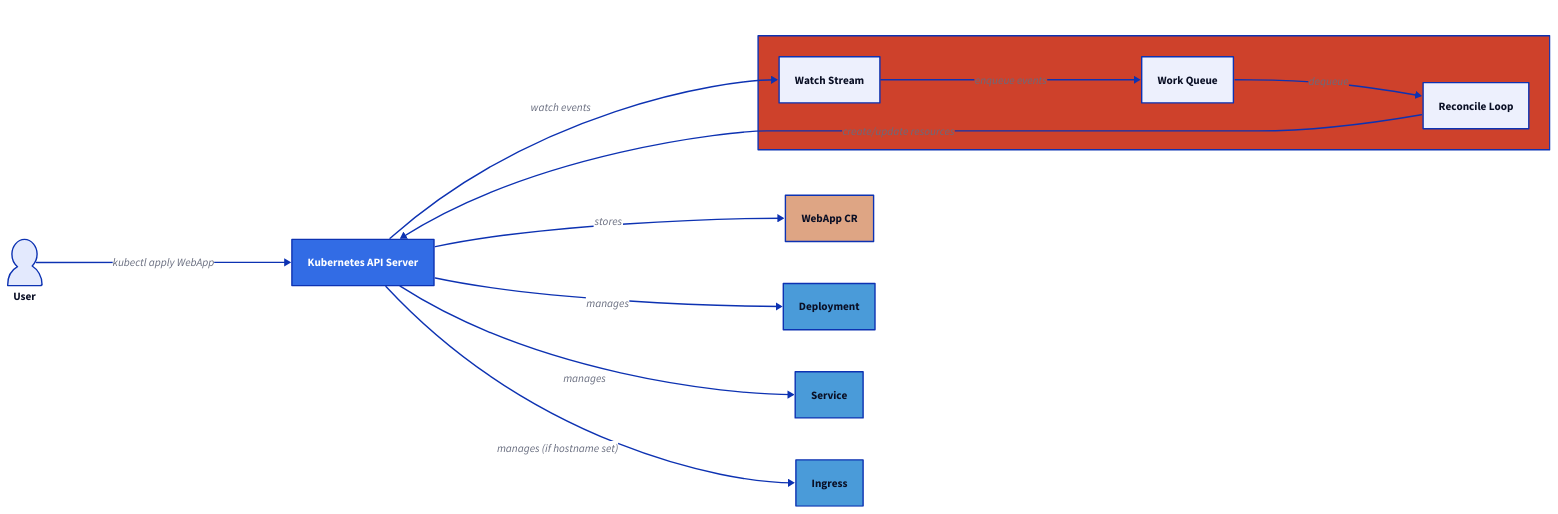
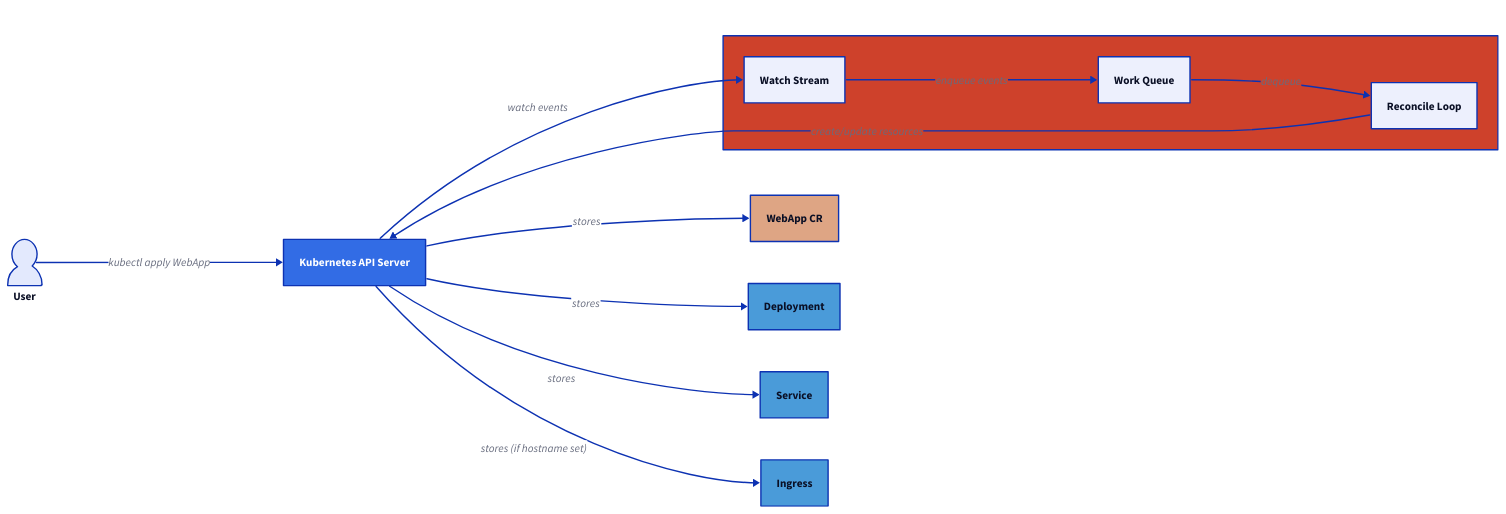
Before and after one commit to rawkode-academy/rawkode-academy: the diagram in content/articles/kubernetes-operators-rust-kube-rs/index.mdx, drawn with D2. The commit also changed other lines of this file, not shown here.

````diff
--- a/content/articles/kubernetes-operators-rust-kube-rs/index.mdx
+++ b/content/articles/kubernetes-operators-rust-kube-rs/index.mdx
@@ -311,48 +313,48 @@
 ```d2
 direction: right
 
 user: User {
   shape: person
 }
 
 apiserver: Kubernetes API Server {
   style.fill: "#326CE5"
   style.font-color: "#ffffff"
 }
 
 operator: WebApp Operator {
   style.fill: "#CE412B"
   style.font-color: "#ffffff"
 
   watcher: Watch Stream
   reconciler: Reconcile Loop
   queue: Work Queue
 
   watcher -> queue: enqueue events
   queue -> reconciler: dequeue
 }
 
 webapp_crd: WebApp CR {
   style.fill: "#DEA584"
 }
 
 deployment: Deployment {
   style.fill: "#4A9BD9"
 }
 
 service: Service {
   style.fill: "#4A9BD9"
 }
 
 ingress: Ingress {
   style.fill: "#4A9BD9"
 }
 
 user -> apiserver: kubectl apply WebApp
 apiserver -> webapp_crd: stores
 apiserver -> operator.watcher: watch events
 operator.reconciler -> apiserver: create/update resources
-apiserver -> deployment: manages
-apiserver -> service: manages
-apiserver -> ingress: manages (if hostname set)
+apiserver -> deployment: stores
+apiserver -> service: stores
+apiserver -> ingress: stores (if hostname set)
 ```
````
